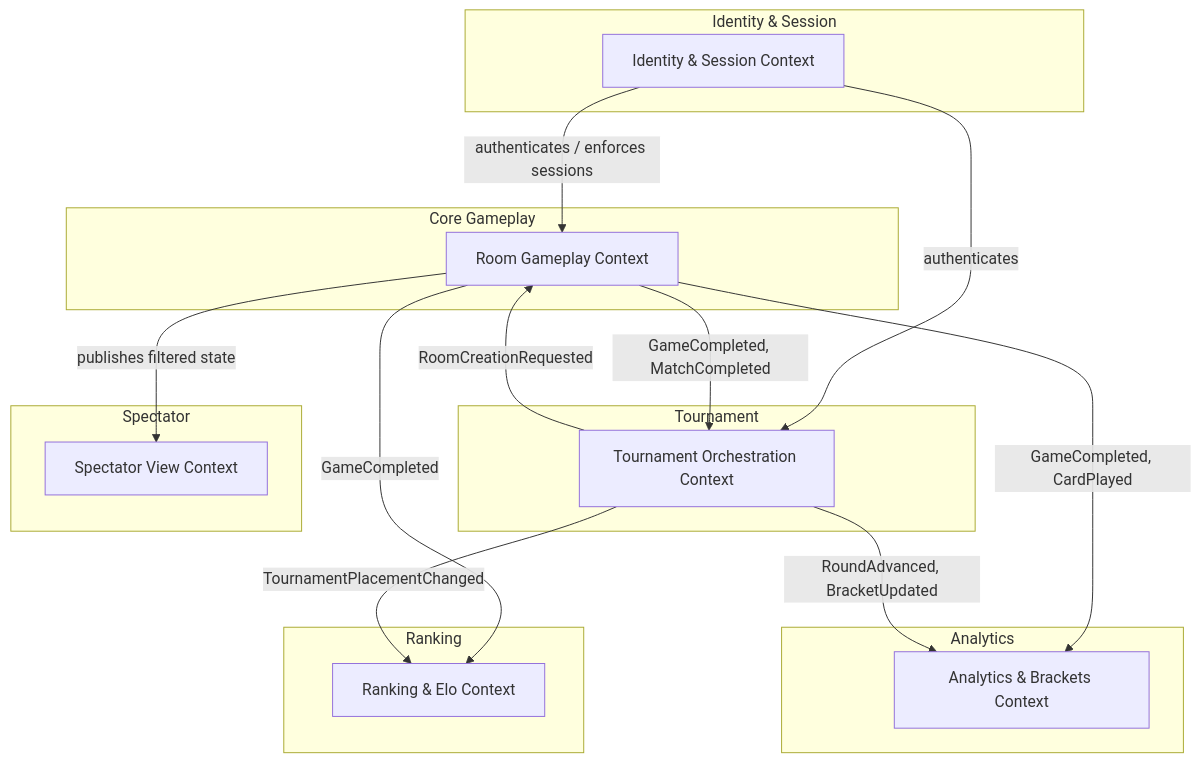
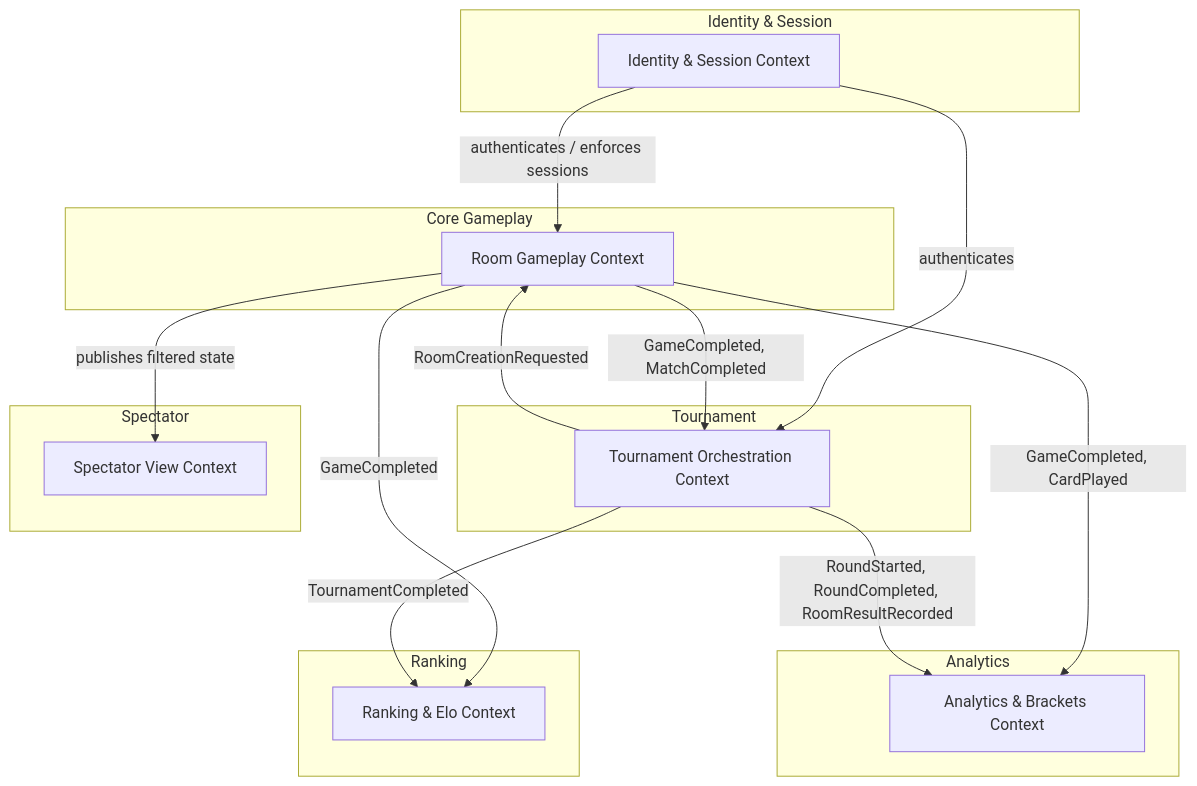
The diagram in README.md (diegobadin/AMICRO-TP), drawn with Mermaid before and after one commit. The commit also changed other lines of this file and 29 other files, not shown here.

Commit message:
Architecture and refractor

````diff
--- a/README.md
+++ b/README.md
@@ -154,31 +177,31 @@
 ```mermaid
 graph TB
     subgraph Identity & Session
         IS[Identity & Session Context]
     end
     subgraph Core Gameplay
         RG[Room Gameplay Context]
     end
     subgraph Tournament
         TO[Tournament Orchestration Context]
     end
     subgraph Ranking
         RK[Ranking & Elo Context]
     end
     subgraph Spectator
         SV[Spectator View Context]
     end
     subgraph Analytics
         AB[Analytics & Brackets Context]
     end
 
     IS -- "authenticates / enforces sessions" --> RG
     IS -- "authenticates" --> TO
     RG -- "GameCompleted, MatchCompleted" --> TO
     RG -- "GameCompleted" --> RK
     RG -- "publishes filtered state" --> SV
     RG -- "GameCompleted, CardPlayed" --> AB
     TO -- "RoomCreationRequested" --> RG
-    TO -- "TournamentPlacementChanged" --> RK
-    TO -- "RoundAdvanced, BracketUpdated" --> AB
+    TO -- "TournamentCompleted" --> RK
+    TO -- "RoundStarted, RoundCompleted, RoomResultRecorded" --> AB
 ```
````
